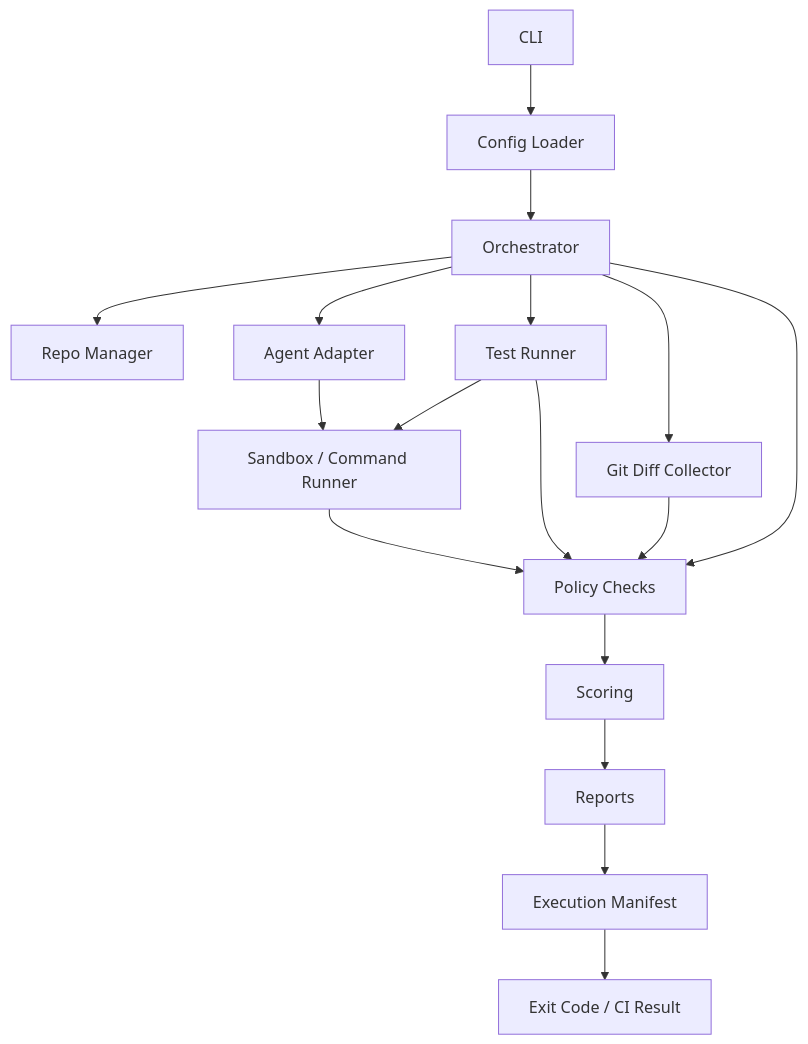
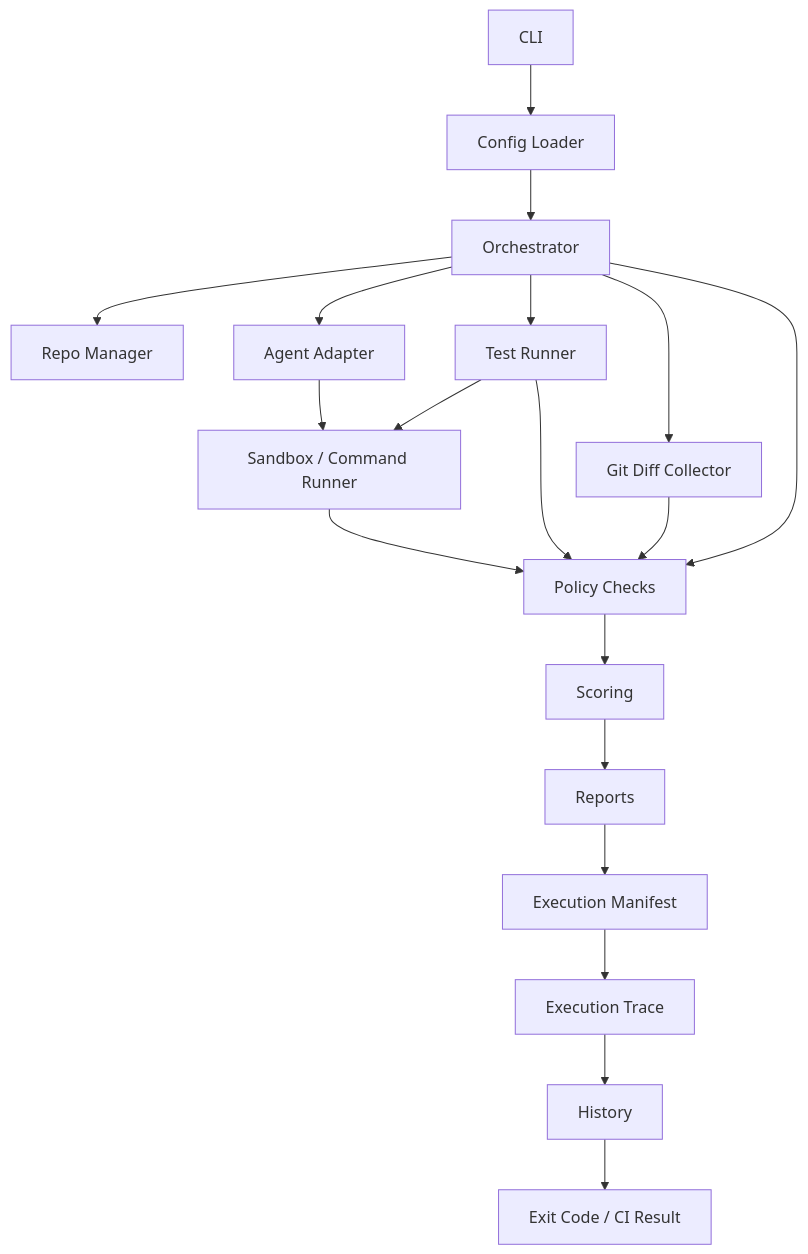
The first of 2 diagrams in docs/architecture.md (richinmrudul/agentguard), drawn with Mermaid before and after one commit. The commit also changed other lines of this file and 14 other files, not shown here.

````diff
--- a/docs/architecture.md
+++ b/docs/architecture.md
@@ -117,19 +120,21 @@
 ```mermaid
 flowchart TD
     CLI[CLI] --> ConfigLoader[Config Loader]
     ConfigLoader --> Orchestrator[Orchestrator]
     Orchestrator --> RepoManager[Repo Manager]
     Orchestrator --> AgentAdapter[Agent Adapter]
     AgentAdapter --> SandboxRunner[Sandbox / Command Runner]
     Orchestrator --> TestRunner[Test Runner]
     TestRunner --> SandboxRunner
     Orchestrator --> GitDiffCollector[Git Diff Collector]
     Orchestrator --> PolicyChecks[Policy Checks]
     SandboxRunner --> PolicyChecks
     GitDiffCollector --> PolicyChecks
     TestRunner --> PolicyChecks
     PolicyChecks --> Scoring[Scoring]
     Scoring --> Reports[Reports]
     Reports --> Manifest[Execution Manifest]
-    Manifest --> ExitCode[Exit Code / CI Result]
+    Manifest --> Trace[Execution Trace]
+    Trace --> History[History]
+    History --> ExitCode[Exit Code / CI Result]
 ```
````
